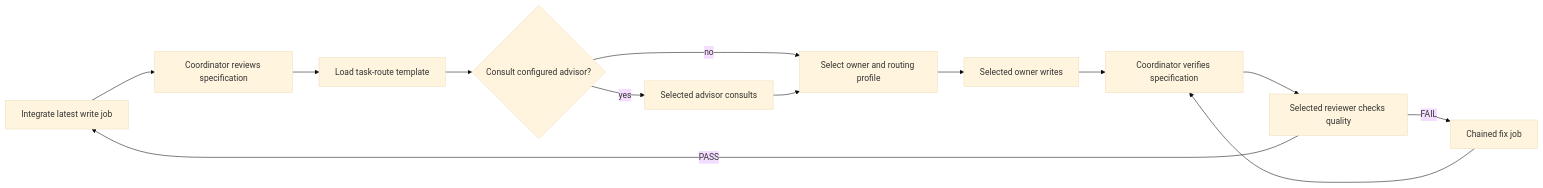
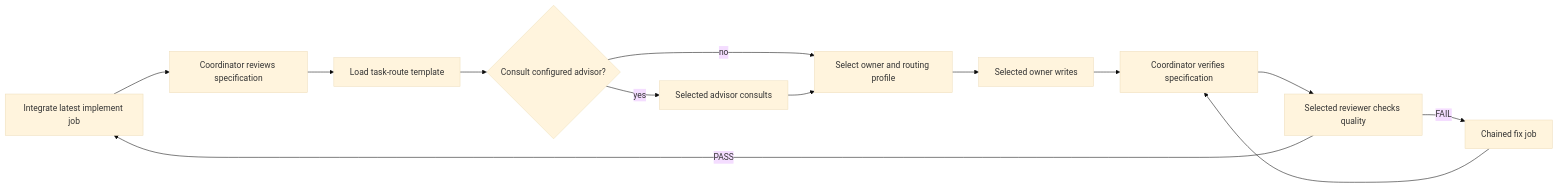
Before and after one commit to sitien173/refract: the diagram in plugin/README.md, drawn with Mermaid (base theme). The commit also changed other lines of this file and 13 other files, not shown here.

````diff
--- a/plugin/README.md
+++ b/plugin/README.md
@@ -15,15 +15,15 @@
 ```mermaid
 flowchart LR
     I[Initialize and register project] --> P[Coordinator reviews specification]
     P --> T[Load task-route template]
     T --> C{Consult configured advisor?}
     C -->|yes| S[Selected advisor consults]
     C -->|no| R[Select owner and routing profile]
     S --> R
     R --> W[Selected owner writes]
     W --> V[Coordinator verifies specification]
     V --> Q[Selected reviewer checks quality]
     Q -->|FAIL| F[Chained fix job]
     F --> V
-    Q -->|PASS| I[Integrate latest write job]
+    Q -->|PASS| I[Integrate latest implement job]
 ```
````
